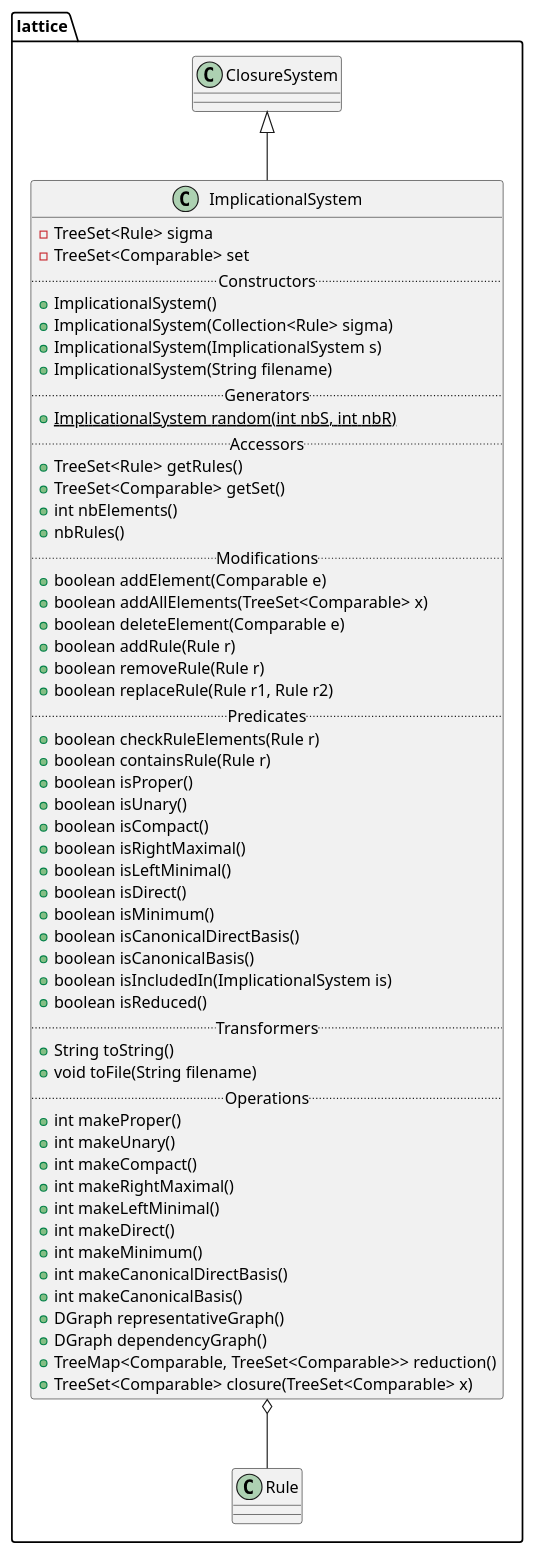
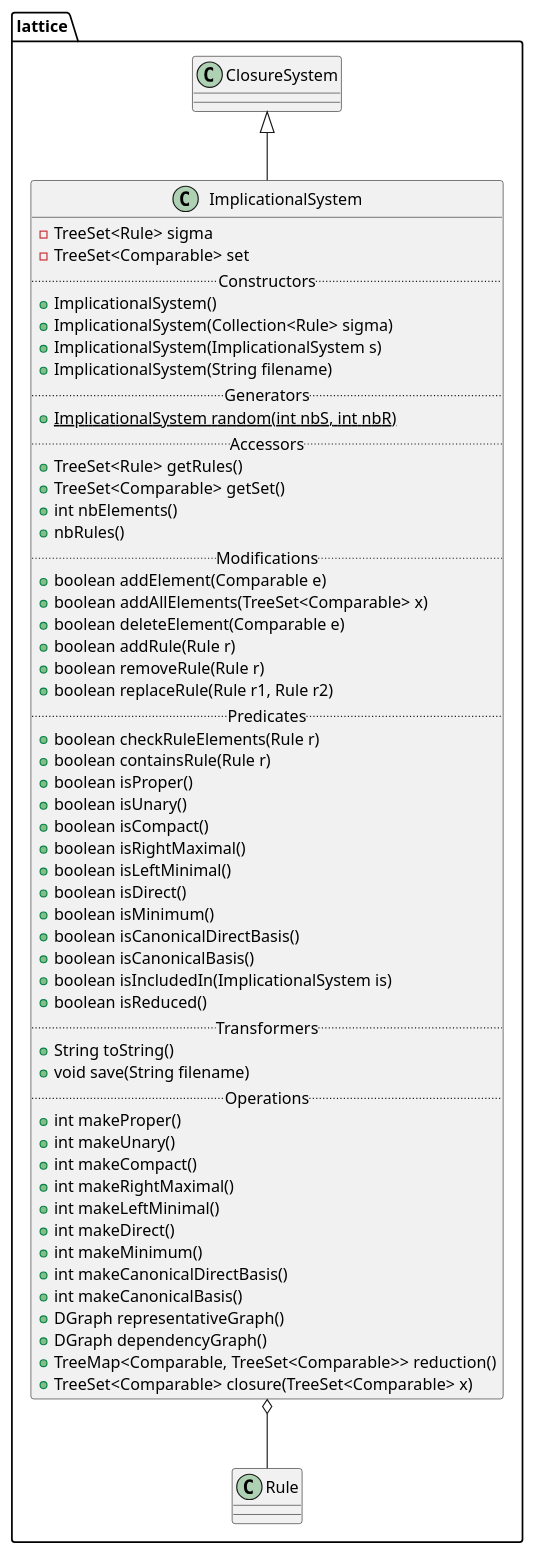
One commit to thegalactic/java-lattices changed the diagram in src/lattice/ImplicationalSystem.iuml. Above: the diagram before and after it, drawn with PlantUML. The commit also changed 32 other files, not shown here.

```diff
--- a/src/lattice/ImplicationalSystem.iuml
+++ b/src/lattice/ImplicationalSystem.iuml
@@ -1,60 +1,60 @@
 package lattice {
     class ImplicationalSystem {
         -TreeSet<Rule> sigma
         -TreeSet<Comparable> set
         .. Constructors ..
         +ImplicationalSystem()
         +ImplicationalSystem(Collection<Rule> sigma)
         +ImplicationalSystem(ImplicationalSystem s)
         +ImplicationalSystem(String filename)
         .. Generators ..
         {static}+ImplicationalSystem random(int nbS, int nbR)
         .. Accessors ..
         +TreeSet<Rule> getRules()
         +TreeSet<Comparable> getSet()
         +int nbElements()
         +nbRules()
         .. Modifications ..
         +boolean addElement(Comparable e)
         +boolean addAllElements(TreeSet<Comparable> x)
         +boolean deleteElement(Comparable e)
         +boolean addRule(Rule r)
         +boolean removeRule(Rule r)
         +boolean replaceRule(Rule r1, Rule r2)
         .. Predicates ..
         +boolean checkRuleElements(Rule r)
         +boolean containsRule(Rule r)
         +boolean isProper()
         +boolean isUnary()
         +boolean isCompact()
         +boolean isRightMaximal()
         +boolean isLeftMinimal()
         +boolean isDirect()
         +boolean isMinimum()
         +boolean isCanonicalDirectBasis()
         +boolean isCanonicalBasis()
         +boolean isIncludedIn(ImplicationalSystem is)
         +boolean isReduced()
         .. Transformers ..
         +String toString()
-        +void toFile(String filename)
+        +void save(String filename)
         .. Operations ..
         +int makeProper()
         +int makeUnary()
         +int makeCompact()
         +int makeRightMaximal()
         +int makeLeftMinimal()
         +int makeDirect()
         +int makeMinimum()
         +int makeCanonicalDirectBasis()
         +int makeCanonicalBasis()
         +DGraph representativeGraph()
         +DGraph dependencyGraph()
         +TreeMap<Comparable, TreeSet<Comparable>> reduction()
         +TreeSet<Comparable> closure(TreeSet<Comparable> x)
     }
 
 
     ClosureSystem <|-- ImplicationalSystem
     ImplicationalSystem o-- Rule
 }
```
